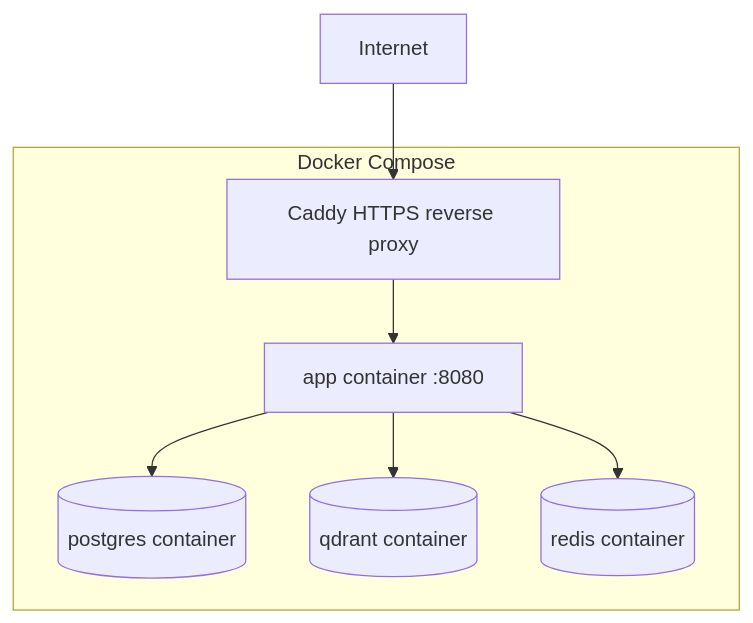
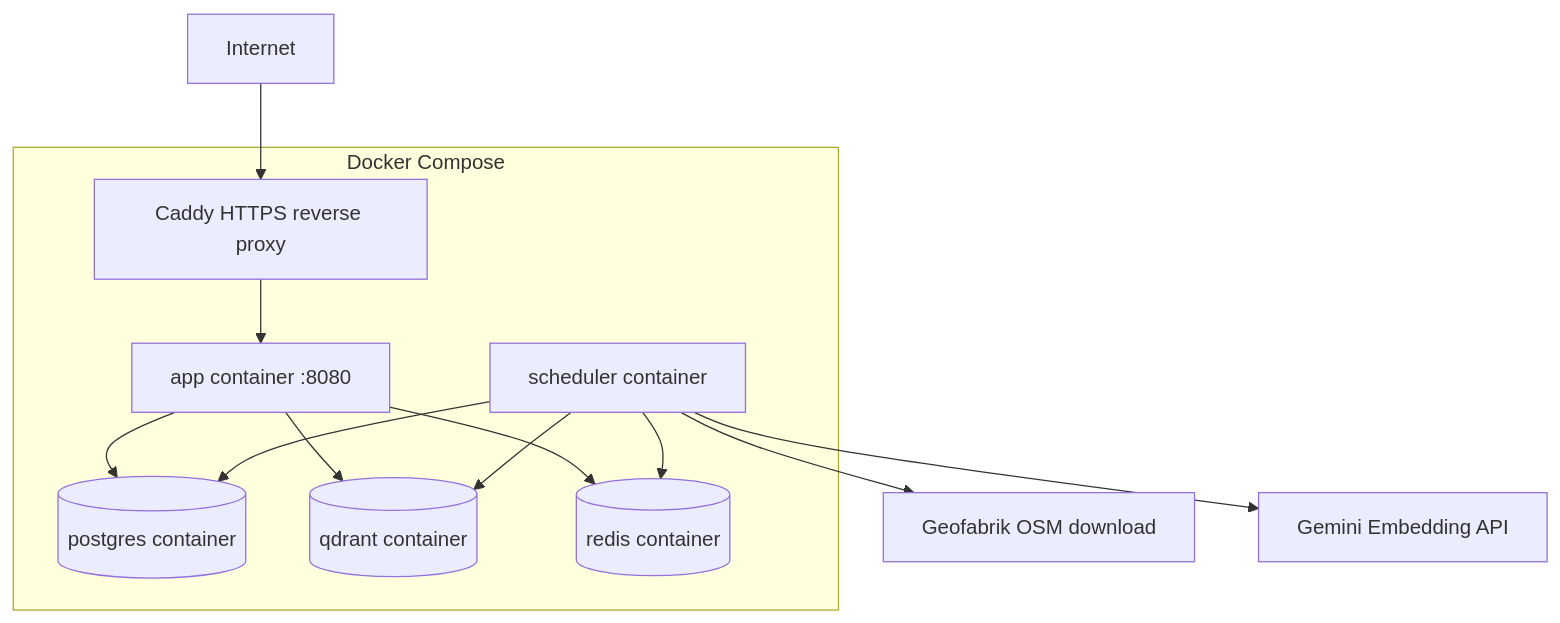
The fourth of 6 diagrams in README.md (kusalkrp/MCP-Sri-Lanka-Geo), drawn with Mermaid before and after one commit. The commit also changed other lines of this file, not shown here.

Commit message:
feat: add scheduler container to Docker Compose for data pipeline management

````diff
--- a/README.md
+++ b/README.md
@@ -99,16 +99,22 @@
 ```mermaid
 flowchart TB
     Internet --> Caddy[Caddy HTTPS reverse proxy]
     Caddy --> App[app container :8080]
     App --> PG[(postgres container)]
     App --> Q[(qdrant container)]
     App --> R[(redis container)]
+    Scheduler[scheduler container] --> PG
+    Scheduler --> Q
+    Scheduler --> R
+    Scheduler --> Geofabrik[Geofabrik OSM download]
+    Scheduler --> GeminiAPI[Gemini Embedding API]
 
     subgraph Docker Compose
         Caddy
         App
+        Scheduler
         PG
         Q
         R
     end
 ```
````
